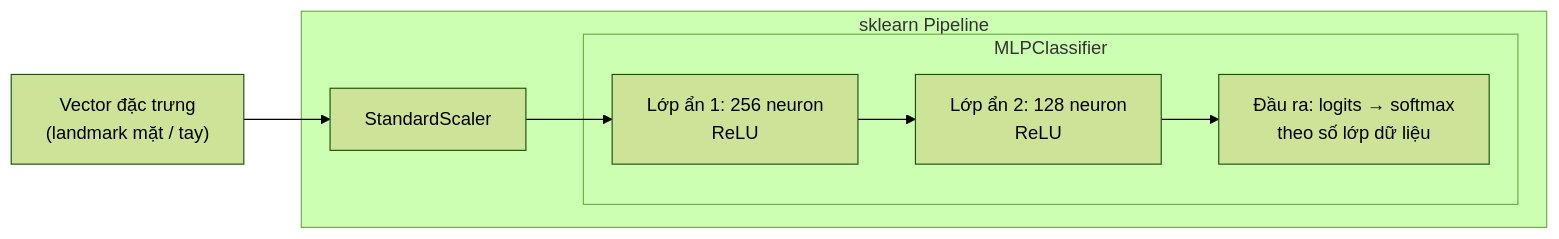
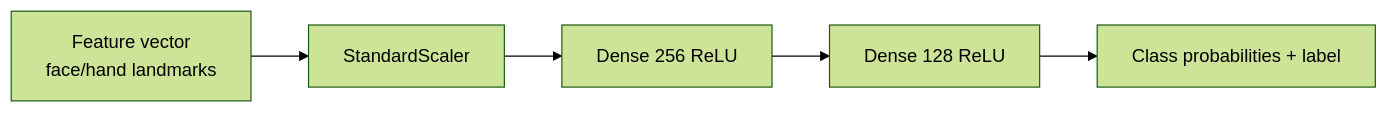
The third of 8 diagrams in README.md (CrissNguyenKhanh/AI-DRIVER-MONITORING-SYSTEM-DMS), drawn with Mermaid (forest theme) before and after one commit. The commit also changed other lines of this file, not shown here.

````diff
--- a/README.md
+++ b/README.md
@@ -126,13 +124,7 @@
 ```mermaid
 flowchart LR
-  subgraph Pipeline["sklearn Pipeline"]
-    S["StandardScaler"]
-    subgraph MLP["MLPClassifier"]
-      H1["Lớp ẩn 1: 256 neuron<br/>ReLU"]
-      H2["Lớp ẩn 2: 128 neuron<br/>ReLU"]
-      OUT["Đầu ra: logits → softmax<br/>theo số lớp dữ liệu"]
-    end
-  end
-  X["Vector đặc trưng<br/>(landmark mặt / tay)"] --> S
-  S --> H1 --> H2 --> OUT
+  X[Feature vector<br/>face/hand landmarks] --> S[StandardScaler]
+  S --> H1[Dense 256 ReLU]
+  H1 --> H2[Dense 128 ReLU]
+  H2 --> O[Class probabilities + label]
 ```
````
